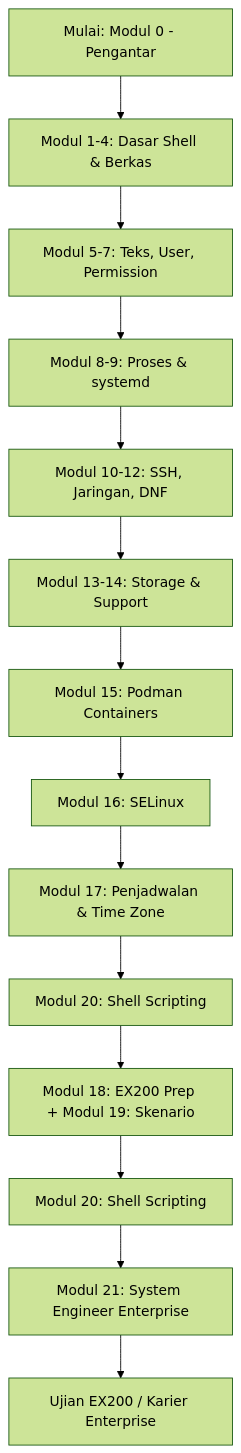
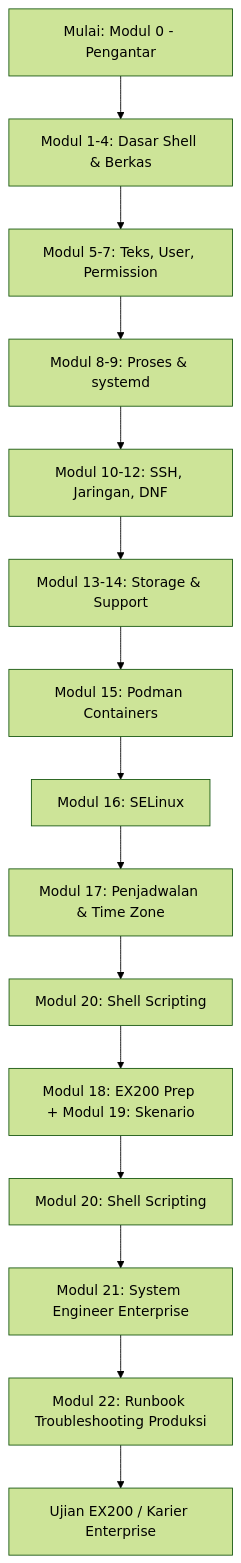
One commit to masrizram/rhcsa-rh124-rh199-guide changed the diagram in docs/pusat-belajar.md. Above: the diagram before and after it, drawn with Mermaid (forest theme). The commit also changed other lines of this file and 3 other files, not shown here.

Commit message:
Add Modul 22 - Runbook Troubleshooting Produksi (7 skenario firefighting: fstab no-boot, SELinux block, disk penuh, network unreachable, LVM/PV corrupt, root lock, crash loop); wire ke nav/README/pusat-belajar

````diff
--- a/docs/pusat-belajar.md
+++ b/docs/pusat-belajar.md
@@ -15,16 +15,17 @@
 ```mermaid
 flowchart TD
     A[Mulai: Modul 0 - Pengantar] --> B[Modul 1-4: Dasar Shell & Berkas]
     B --> C[Modul 5-7: Teks, User, Permission]
     C --> D[Modul 8-9: Proses & systemd]
     D --> E[Modul 10-12: SSH, Jaringan, DNF]
     E --> F[Modul 13-14: Storage & Support]
     F --> G[Modul 15: Podman Containers]
     G --> H[Modul 16: SELinux]
     H --> I[Modul 17: Penjadwalan & Time Zone]
     I --> J[Modul 20: Shell Scripting]
     J --> K[Modul 18: EX200 Prep + Modul 19: Skenario]
     K --> L[Modul 20: Shell Scripting]
     L --> M[Modul 21: System Engineer Enterprise]
-    M --> N[Ujian EX200 / Karier Enterprise]
+    M --> N[Modul 22: Runbook Troubleshooting Produksi]
+    N --> O[Ujian EX200 / Karier Enterprise]
 ```
````
